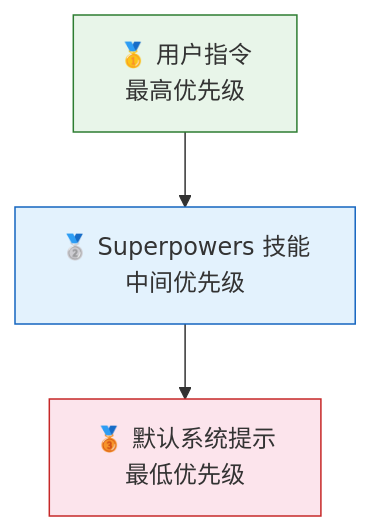
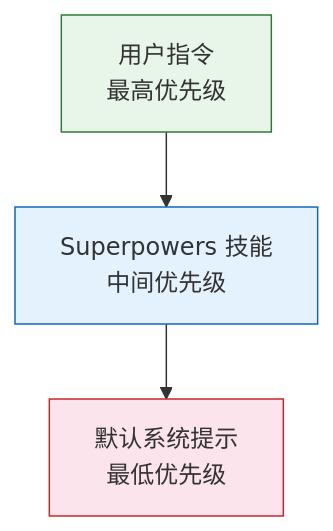
One commit to yongnianliu/superpowers changed the third of 3 diagrams in docs/zh/01-overview.md. Above: the diagram before and after it, drawn with Mermaid. The commit also changed other lines of this file and 12 other files, not shown here.

````diff
--- a/docs/zh/01-overview.md
+++ b/docs/zh/01-overview.md
@@ -111,10 +111,10 @@
 ```mermaid
 graph TB
-    U["🥇 用户指令<br/>最高优先级"]
-    S["🥈 Superpowers 技能<br/>中间优先级"]
-    D["🥉 默认系统提示<br/>最低优先级"]
+    U["用户指令<br/>最高优先级"]
+    S["Superpowers 技能<br/>中间优先级"]
+    D["默认系统提示<br/>最低优先级"]
     U --> S --> D
     style U fill:#e8f5e9,stroke:#2e7d32
     style S fill:#e3f2fd,stroke:#1565c0
     style D fill:#fce4ec,stroke:#c62828
 ```
````
